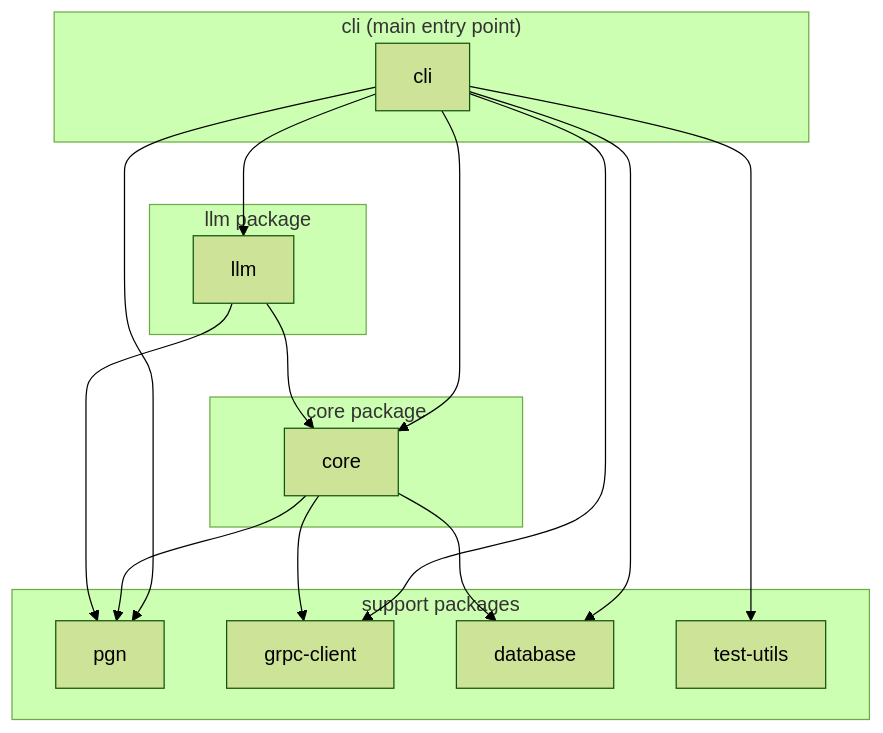
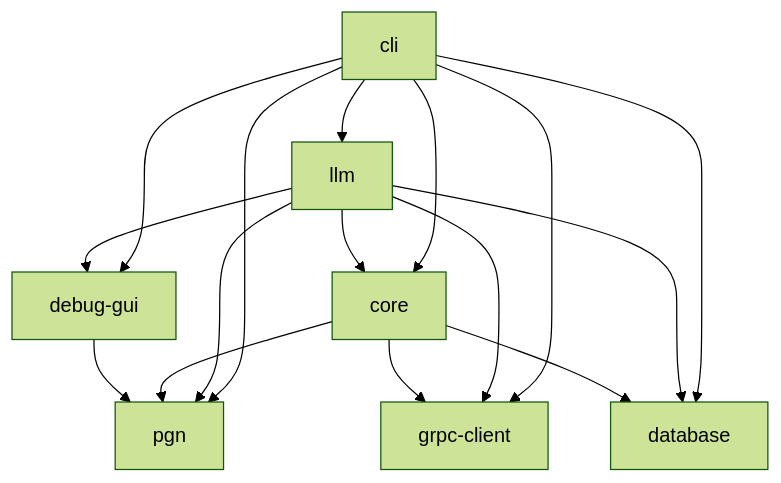
Before and after one commit to rlefko/chessbeast: the second of 2 diagrams in docs/architecture.md, drawn with Mermaid (forest theme). The commit also changed other lines of this file and 201 other files, not shown here.

````diff
--- a/docs/architecture.md
+++ b/docs/architecture.md
@@ -82,35 +116,21 @@
 ```mermaid
 flowchart TB
-    subgraph CLI["cli (main entry point)"]
-        CLI_NODE[cli]
-    end
+    CLI[cli] --> CORE[core]
+    CLI --> LLM[llm]
+    CLI --> PGN[pgn]
+    CLI --> GRPC[grpc-client]
+    CLI --> DB[database]
+    CLI --> GUI[debug-gui]
 
-    subgraph Core["core package"]
-        CORE[core]
-    end
-
-    subgraph LLM_PKG["llm package"]
-        LLM[llm]
-    end
-
-    subgraph Support["support packages"]
-        PGN[pgn]
-        GRPC[grpc-client]
-        DB[database]
-        TEST[test-utils]
-    end
-
-    CLI_NODE --> CORE
-    CLI_NODE --> PGN
-    CLI_NODE --> LLM
-    CLI_NODE --> GRPC
-    CLI_NODE --> DB
-    CLI_NODE --> TEST
+    LLM --> CORE
+    LLM --> PGN
+    LLM --> GRPC
+    LLM --> DB
+    LLM --> GUI
 
     CORE --> PGN
     CORE --> GRPC
     CORE --> DB
 
-    LLM --> CORE
-    LLM --> PGN
+    GUI --> PGN
 ```
````
